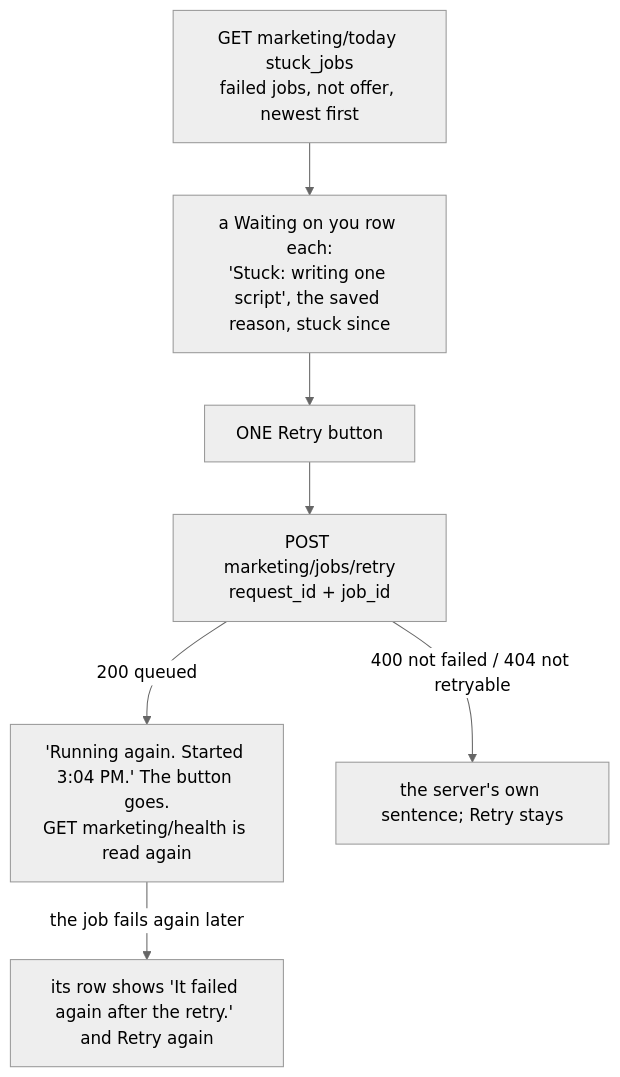
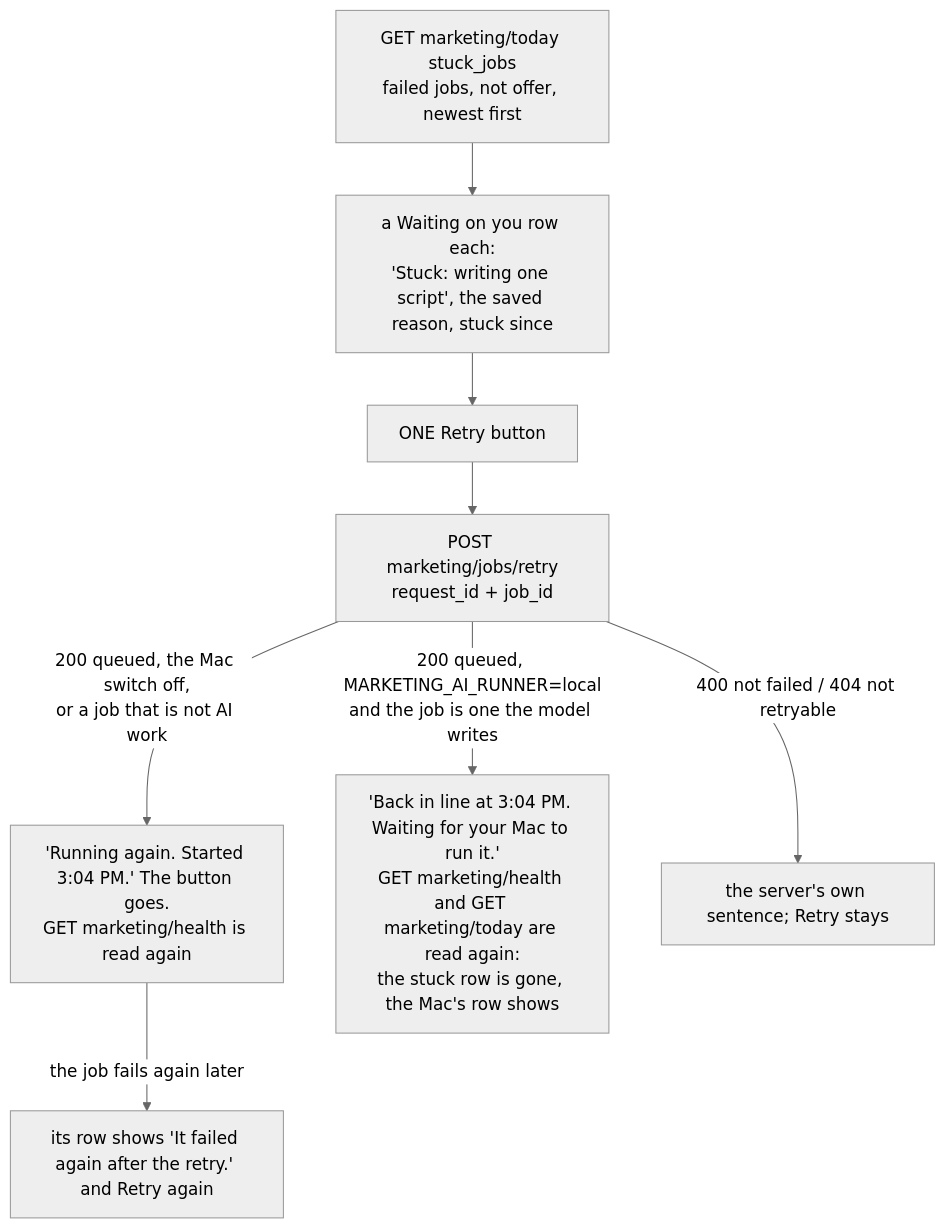
Diagram 48 of 50 in docs/journeys/marketing-dashboard-flow.md (ZootimusMaximusSupreme/fundhub-platform), drawn with Mermaid (neutral theme) before and after one commit. The commit also changed other lines of this file and 6 other files, not shown here.

First line of the commit message:
Today: with the Mac switch on, Write now and Retry say they wait for the Mac and read Today again at once (M3 repair round 2)

````diff
--- a/docs/journeys/marketing-dashboard-flow.md
+++ b/docs/journeys/marketing-dashboard-flow.md
@@ -1871,9 +1874,10 @@
 ```mermaid
 flowchart TD
   S[GET marketing/today stuck_jobs<br/>failed jobs, not offer, newest first] --> R[a Waiting on you row each:<br/>'Stuck: writing one script', the saved reason, stuck since]
   R --> T[ONE Retry button]
   T --> P[POST marketing/jobs/retry<br/>request_id + job_id]
-  P -->|200 queued| OK["'Running again. Started 3:04 PM.' The button goes.<br/>GET marketing/health is read again"]
+  P -->|200 queued, the Mac switch off,<br/>or a job that is not AI work| OK["'Running again. Started 3:04 PM.' The button goes.<br/>GET marketing/health is read again"]
+  P -->|200 queued, MARKETING_AI_RUNNER=local<br/>and the job is one the model writes| OKM["'Back in line at 3:04 PM. Waiting for your Mac to run it.'<br/>GET marketing/health and GET marketing/today are read again:<br/>the stuck row is gone, the Mac's row shows"]
   OK -->|the job fails again later| R2[its row shows 'It failed again after the retry.' and Retry again]
   P -->|400 not failed / 404 not retryable| E[the server's own sentence; Retry stays]
 ```
````
